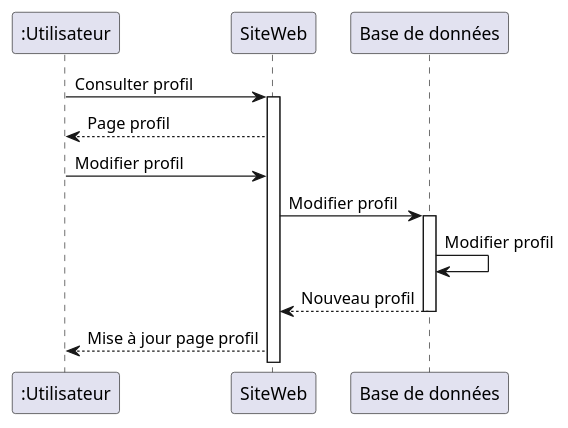
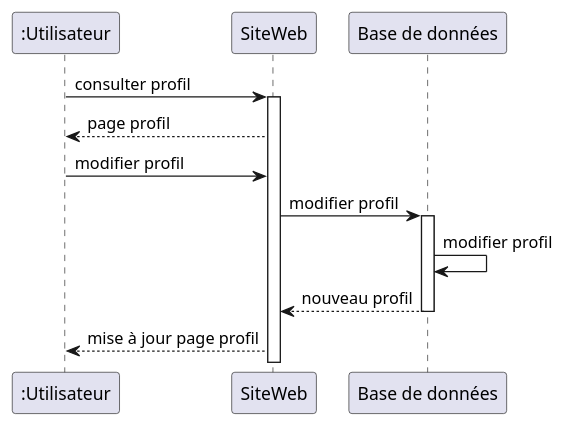
Before and after one commit to hurtcraft/ProjetUML: the diagram in Sequence/Utilisateur/Modifier_profil.wsd, drawn with PlantUML. The commit also changed 11 other files, not shown here.

Commit message:
sequence diagram v2

```diff
--- a/Sequence/Utilisateur/Modifier_profil.wsd
+++ b/Sequence/Utilisateur/Modifier_profil.wsd
@@ -1,20 +1,20 @@
 @startuml Modifier Profil
 
-":Utilisateur" -> SiteWeb: Consulter profil
+":Utilisateur" -> SiteWeb: consulter profil
 activate SiteWeb
 
-SiteWeb --> ":Utilisateur": Page profil
+SiteWeb --> ":Utilisateur": page profil
 
-":Utilisateur" -> SiteWeb: Modifier profil
+":Utilisateur" -> SiteWeb: modifier profil
 
-SiteWeb -> "Base de données": Modifier profil
+SiteWeb -> "Base de données": modifier profil
 
 activate "Base de données"
 
-"Base de données" -> "Base de données": Modifier profil
+"Base de données" -> "Base de données": modifier profil
 
-return Nouveau profil
+return nouveau profil
 
-SiteWeb --> ":Utilisateur": Mise à jour page profil
+SiteWeb --> ":Utilisateur": mise à jour page profil
 
 @enduml
```
